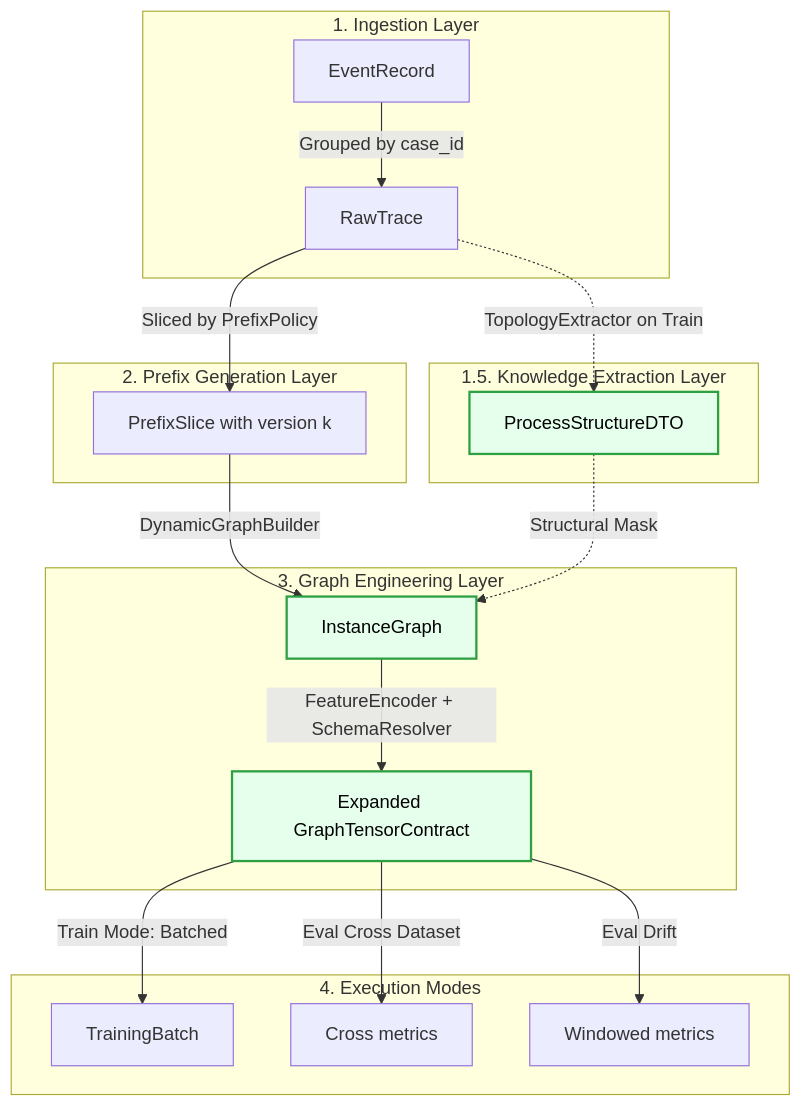
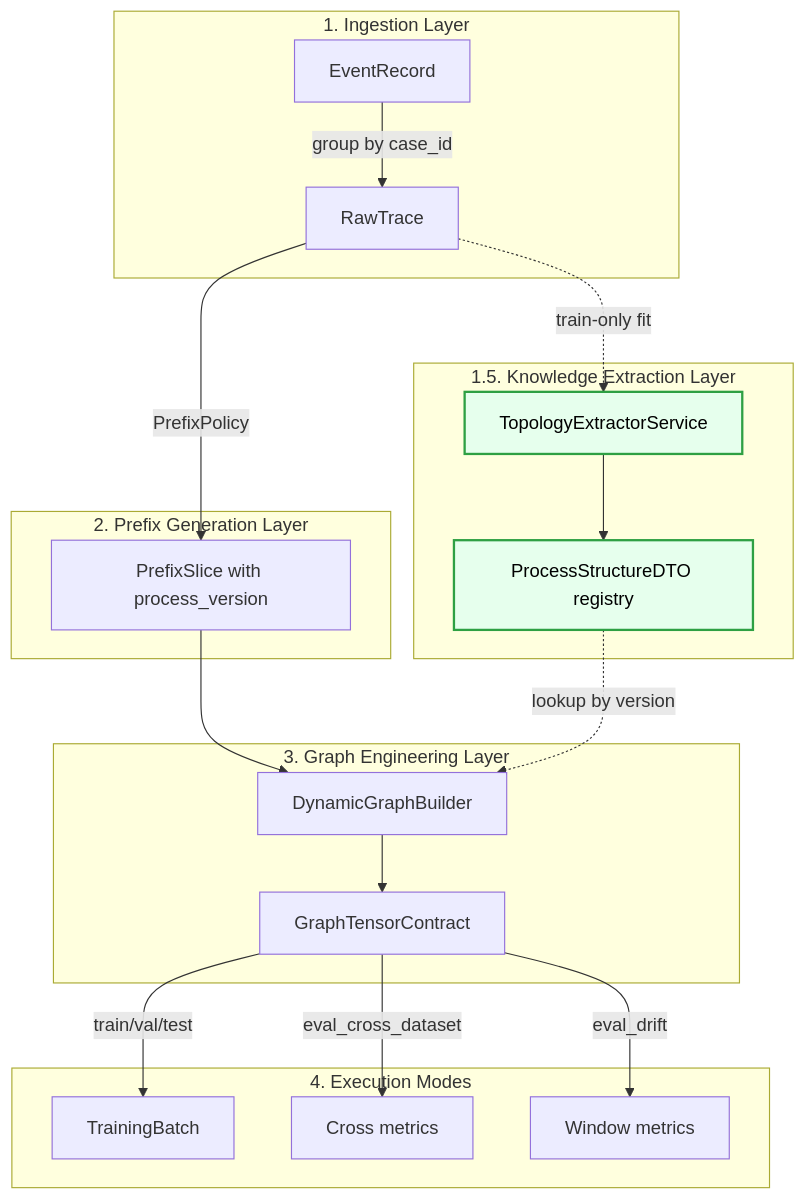
One commit to ghsrg/bpm_prediction changed the second of 5 diagrams in docs/DATA_FLOWS_MVP2.MD. Above: the diagram before and after it, drawn with Mermaid. The commit also changed other lines of this file and 4 other files, not shown here.

````diff
--- a/docs/DATA_FLOWS_MVP2.MD
+++ b/docs/DATA_FLOWS_MVP2.MD
@@ -51,28 +42,29 @@
 ```mermaid
 flowchart TD
     classDef mvp2 fill:#e6ffed,stroke:#2ea043,stroke-width:2px,color:#000;
 
     subgraph 1. Ingestion Layer
-        ER[EventRecord] -->|Grouped by case_id| RT[RawTrace]
+        ER[EventRecord] -->|group by case_id| RT[RawTrace]
     end
 
     subgraph 1.5. Knowledge Extraction Layer
-        RT -.->|TopologyExtractor on Train| P_DTO[ProcessStructureDTO]:::mvp2
+        RT -.->|train-only fit| TEO[TopologyExtractorService]:::mvp2
+        TEO --> PSDTO[ProcessStructureDTO registry]:::mvp2
     end
 
     subgraph 2. Prefix Generation Layer
-        RT -->|Sliced by PrefixPolicy| PS[PrefixSlice with version k]
+        RT -->|PrefixPolicy| PS[PrefixSlice with process_version]
     end
 
     subgraph 3. Graph Engineering Layer
-        PS -->|DynamicGraphBuilder| IG[InstanceGraph]
-        P_DTO -.->|Structural Mask| IG:::mvp2
-        IG -->|FeatureEncoder + SchemaResolver| GTC[Expanded GraphTensorContract]:::mvp2
+        PS --> DGB[DynamicGraphBuilder]
+        PSDTO -.->|lookup by version| DGB
+        DGB --> GTC[GraphTensorContract]
     end
 
     subgraph 4. Execution Modes
-        GTC -->|Train Mode: Batched| TB[TrainingBatch]
-        GTC -->|Eval Cross Dataset| EC[Cross metrics]
-        GTC -->|Eval Drift| DW[Windowed metrics]
+        GTC -->|train/val/test| TB[TrainingBatch]
+        GTC -->|eval_cross_dataset| EC[Cross metrics]
+        GTC -->|eval_drift| DW[Window metrics]
     end
 ```
````
